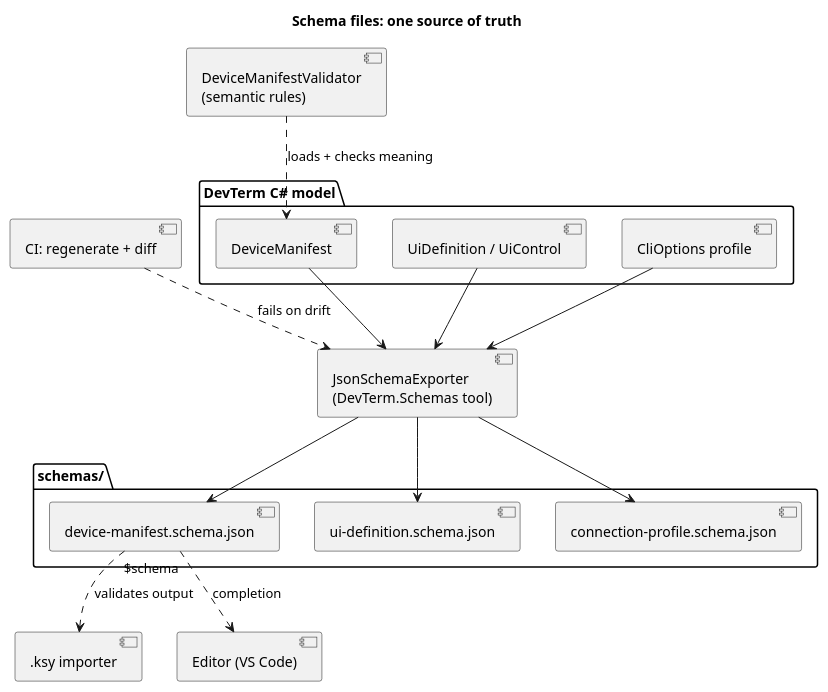
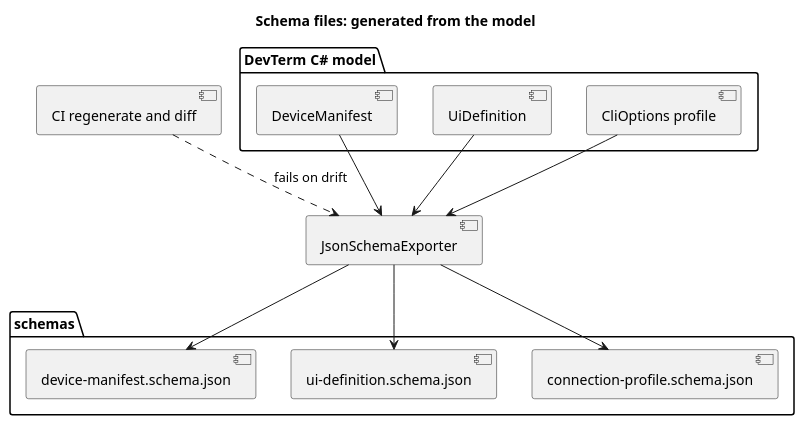
The first of 3 diagrams in docs/design/proposals/format-schema-files.md (OutOfBandDevelopment/dev-term), drawn with PlantUML before and after one commit. The commit also changed other lines of this file and 1 other file, not shown here.

Commit message:
Fix broken PlantUML diagrams in the ksy importer and schema-files proposals

````diff
--- a/docs/design/proposals/format-schema-files.md
+++ b/docs/design/proposals/format-schema-files.md
@@ -46,32 +46,26 @@
 ```plantuml
 @startuml
-title Schema files: one source of truth
+title Schema files: generated from the model
 
 package "DevTerm C# model" {
   [DeviceManifest]
-  [UiDefinition / UiControl]
+  [UiDefinition]
   [CliOptions profile]
 }
-[JsonSchemaExporter\n(DevTerm.Schemas tool)] as Exporter
-folder "schemas/" {
-  [device-manifest.schema.json]
-  [ui-definition.schema.json]
-  [connection-profile.schema.json]
+component "JsonSchemaExporter" as Exporter
+folder "schemas" {
+  [device-manifest.schema.json] as ManifestSchema
+  [ui-definition.schema.json] as UiSchema
+  [connection-profile.schema.json] as ProfileSchema
 }
-[DeviceManifestValidator\n(semantic rules)] as Validator
-[.ksy importer] as Ksy
-[Editor (VS Code)] as Editor
-[CI: regenerate + diff] as CI
+component "CI regenerate and diff" as CI
 
 [DeviceManifest] --> Exporter
-[UiDefinition / UiControl] --> Exporter
+[UiDefinition] --> Exporter
 [CliOptions profile] --> Exporter
-Exporter --> [device-manifest.schema.json]
-Exporter --> [ui-definition.schema.json]
-Exporter --> [connection-profile.schema.json]
-[device-manifest.schema.json] ..> Editor : "$schema" completion
-[device-manifest.schema.json] ..> Ksy : validates output
+Exporter --> ManifestSchema
+Exporter --> UiSchema
+Exporter --> ProfileSchema
 CI ..> Exporter : fails on drift
-Validator ..> [DeviceManifest] : loads + checks meaning
 @enduml
 ```
````
